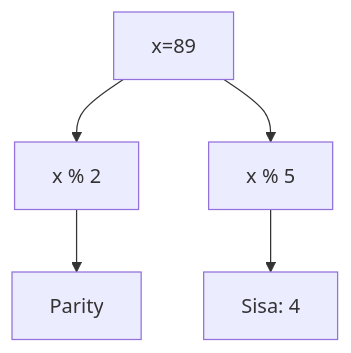
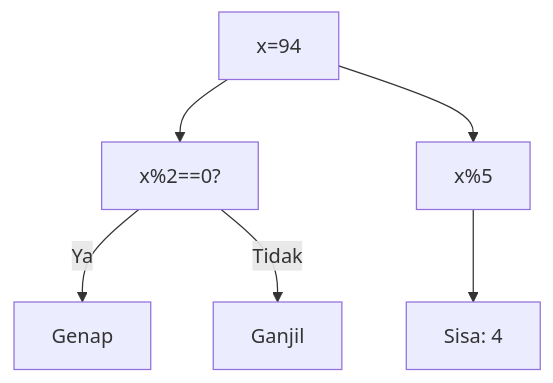
One commit to amnahwaida/OSNK_INF_PREP changed the fourth of 25 diagrams in part-c-pemahaman-cpp/02-percabangan/latihan/set-07.md. Above: the diagram before and after it, drawn with Mermaid. The commit also changed other lines of this file and 71 other files, not shown here.

Commit message:
Fixed Mermaid syntax lexical errors with quoted labels in 1,800 questions

````diff
--- a/part-c-pemahaman-cpp/02-percabangan/latihan/set-07.md
+++ b/part-c-pemahaman-cpp/02-percabangan/latihan/set-07.md
@@ -52,7 +120,8 @@
 ```mermaid
 graph TD
-A[x=89] --> B[x % 2]
-B --> C[Parity]
-A --> D[x % 5]
-D --> E[Sisa: 4]
+A["x=94"] --> B["x%2==0?"]
+B -- Ya --> C["Genap"]
+B -- Tidak --> D["Ganjil"]
+A --> E["x%5"]
+E --> F["Sisa: 4"]
 ```
````
